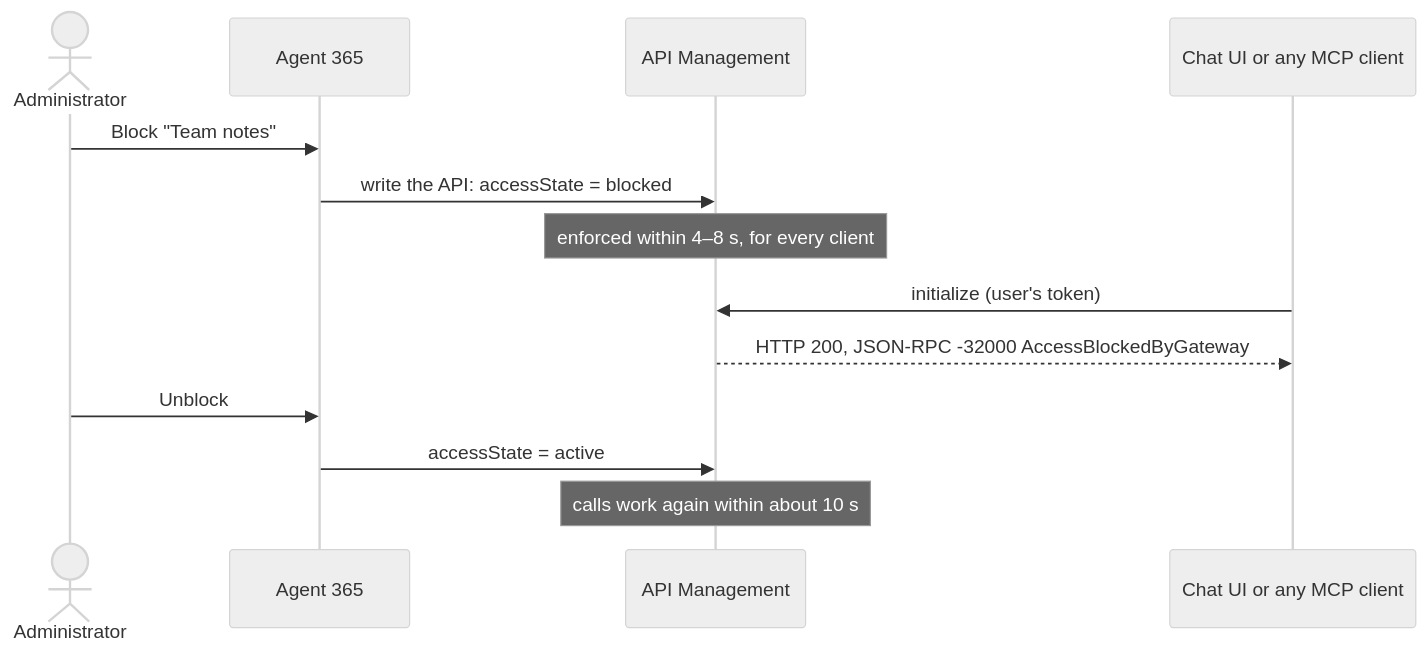
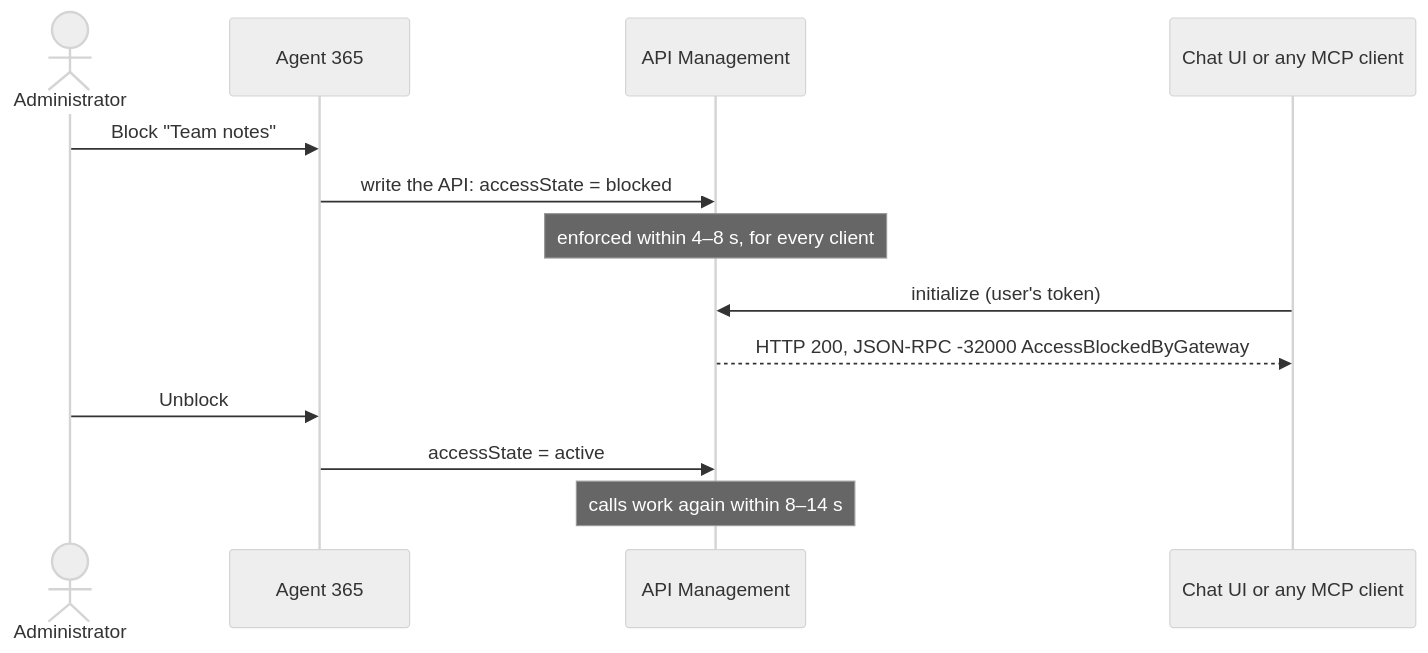
One commit to ikhemissi/spike-agent365-apim-tools-gateway changed the second of 2 diagrams in README.md. Above: the diagram before and after it, drawn with Mermaid (neutral theme). The commit also changed other lines of this file and 7 other files, not shown here.

````diff
--- a/README.md
+++ b/README.md
@@ -59,16 +59,16 @@
 ```mermaid
 sequenceDiagram
     actor Admin as Administrator
     participant A365 as Agent 365
     participant APIM as API Management
     participant Client as Chat UI or any MCP client
 
     Admin->>A365: Block "Team notes"
     A365->>APIM: write the API: accessState = blocked
     Note over APIM: enforced within 4–8 s, for every client
     Client->>APIM: initialize (user's token)
     APIM-->>Client: HTTP 200, JSON-RPC -32000 AccessBlockedByGateway
     Admin->>A365: Unblock
     A365->>APIM: accessState = active
-    Note over APIM: calls work again within about 10 s
+    Note over APIM: calls work again within 8–14 s
 ```
````
